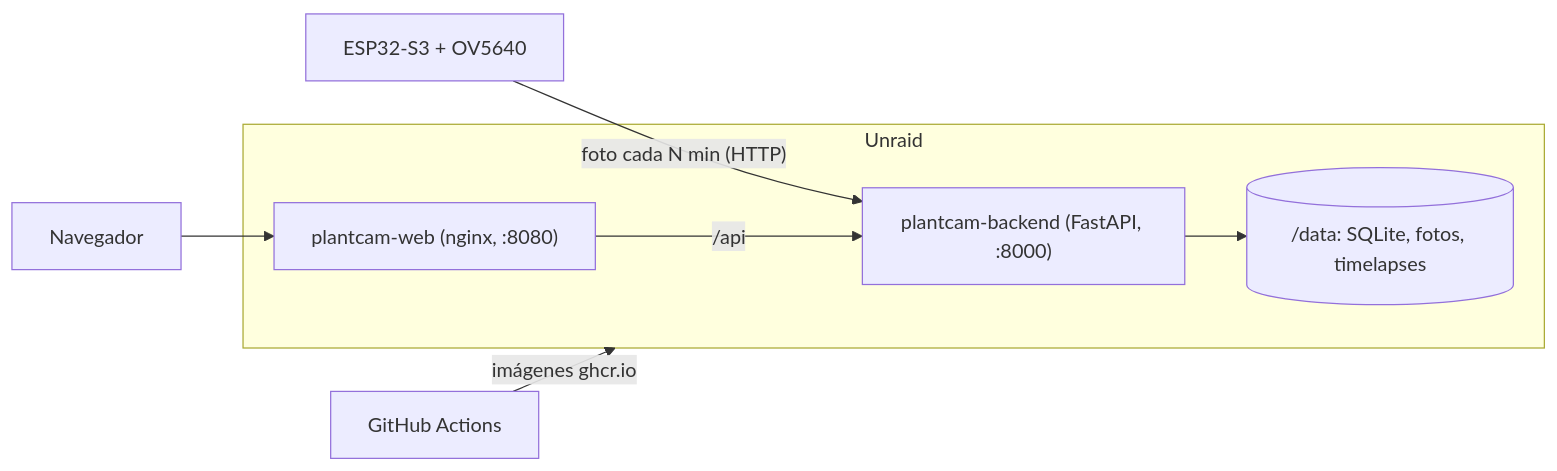
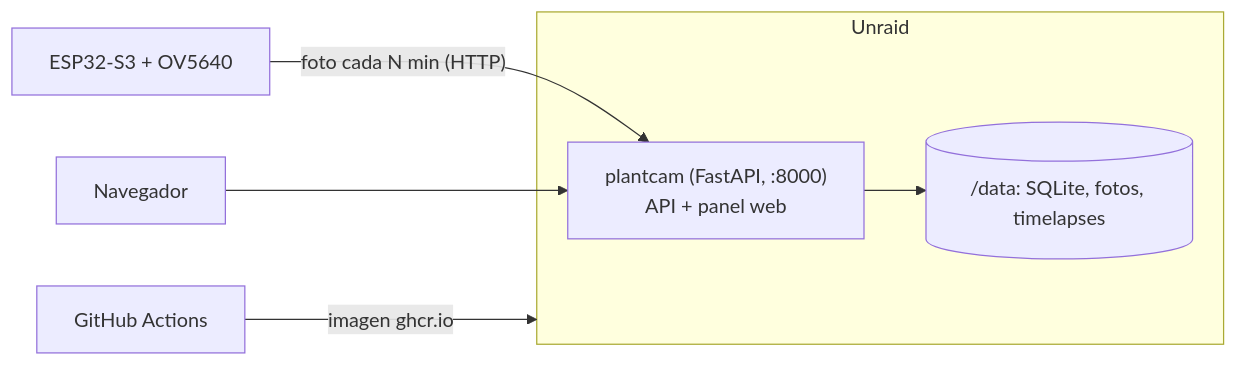
One commit to arnaupool/esp32-plantcam changed the diagram in README.md. Above: the diagram before and after it, drawn with Mermaid. The commit also changed other lines of this file and 14 other files, not shown here.

First line of the commit message:
Un solo contenedor: FastAPI sirve también el panel

````diff
--- a/README.md
+++ b/README.md
@@ -16,10 +16,9 @@
 ```mermaid
 flowchart LR
-  ESP["ESP32-S3 + OV5640"] -- "foto cada N min (HTTP)" --> API
+  ESP["ESP32-S3 + OV5640"] -- "foto cada N min (HTTP)" --> APP
   subgraph Unraid
-    WEB["plantcam-web (nginx, :8080)"] -- "/api" --> API["plantcam-backend (FastAPI, :8000)"]
-    API --> DATA[("/data: SQLite, fotos, timelapses")]
+    APP["plantcam (FastAPI, :8000)<br/>API + panel web"] --> DATA[("/data: SQLite, fotos, timelapses")]
   end
-  YO["Navegador"] --> WEB
-  GH["GitHub Actions"] -- "imágenes ghcr.io" --> Unraid
+  YO["Navegador"] --> APP
+  GH["GitHub Actions"] -- "imagen ghcr.io" --> Unraid
 ```
````
